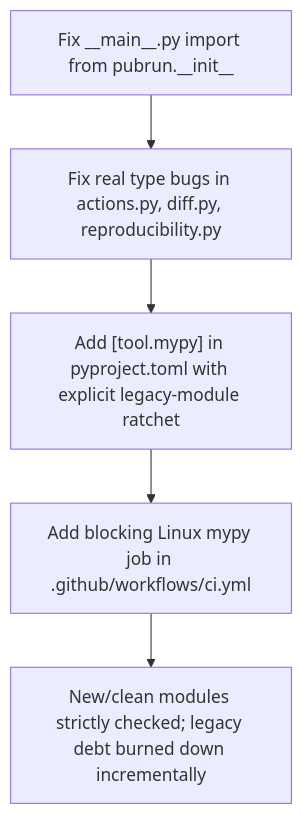
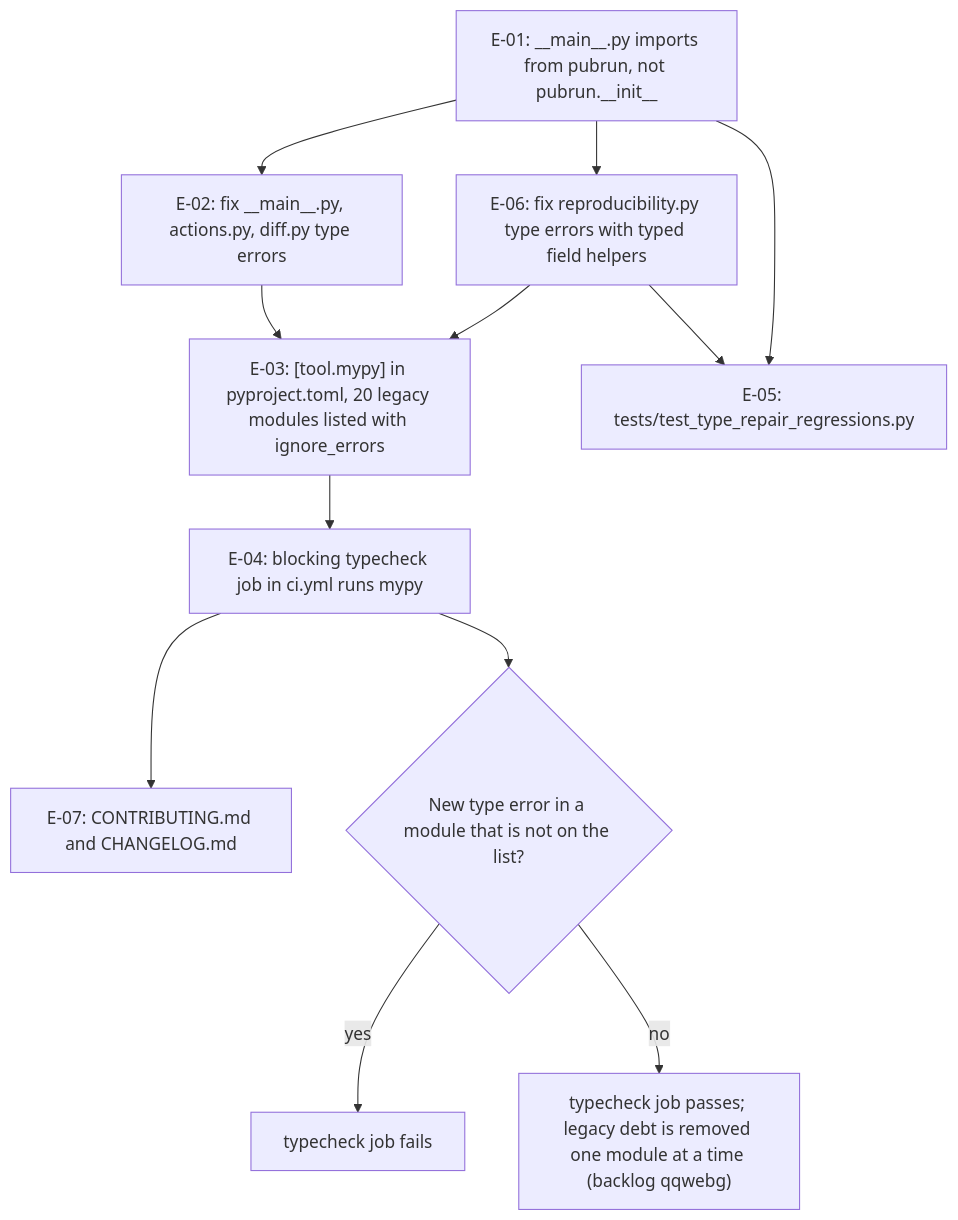
One commit to fariello/pubrun changed the diagram in .aw/records/plans/pending/20261123-test-audit-02-gzc672-mypy-type-check-repair-and-ci-type-gate.ipd.md. Above: the diagram before and after it, drawn with Mermaid. The commit also changed other lines of this file and 1 other file, not shown here.

First line of the commit message:
plan-review: harden gzc672 mypy repair and CI type gate (PR-001..PR-015)

````diff
--- a/.aw/records/plans/pending/20261123-test-audit-02-gzc672-mypy-type-check-repair-and-ci-type-gate.ipd.md
+++ b/.aw/records/plans/pending/20261123-test-audit-02-gzc672-mypy-type-check-repair-and-ci-type-gate.ipd.md
@@ -32,7 +42,14 @@
 ```mermaid
 flowchart TD
-    FIX1["Fix __main__.py import from pubrun.__init__"] --> FIX2["Fix real type bugs in actions.py, diff.py, reproducibility.py"]
-    FIX2 --> CFG["Add [tool.mypy] in pyproject.toml with explicit legacy-module ratchet"]
-    CFG --> CI["Add blocking Linux mypy job in .github/workflows/ci.yml"]
-    CI --> GATE["New/clean modules strictly checked; legacy debt burned down incrementally"]
+    E01["E-01: __main__.py imports from pubrun, not pubrun.__init__"] --> E02["E-02: fix __main__.py, actions.py, diff.py type errors"]
+    E01 --> E06["E-06: fix reproducibility.py type errors with typed field helpers"]
+    E02 --> E03["E-03: [tool.mypy] in pyproject.toml, 20 legacy modules listed with ignore_errors"]
+    E06 --> E03
+    E03 --> E04["E-04: blocking typecheck job in ci.yml runs mypy"]
+    E01 --> E05["E-05: tests/test_type_repair_regressions.py"]
+    E06 --> E05
+    E04 --> E07["E-07: CONTRIBUTING.md and CHANGELOG.md"]
+    E04 --> CHK{"New type error in a module that is not on the list?"}
+    CHK -->|yes| FAIL["typecheck job fails"]
+    CHK -->|no| PASS["typecheck job passes; legacy debt is removed one module at a time (backlog qqwebg)"]
 ```
````
